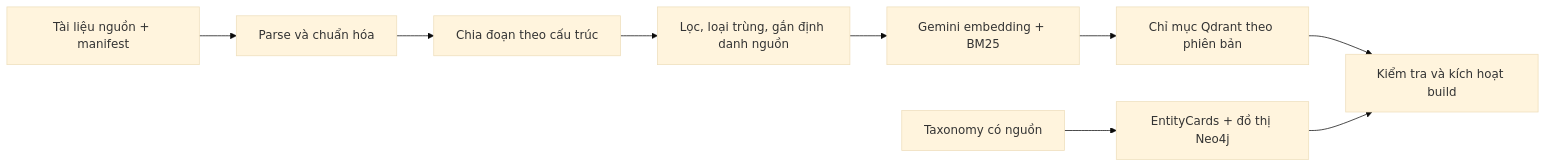
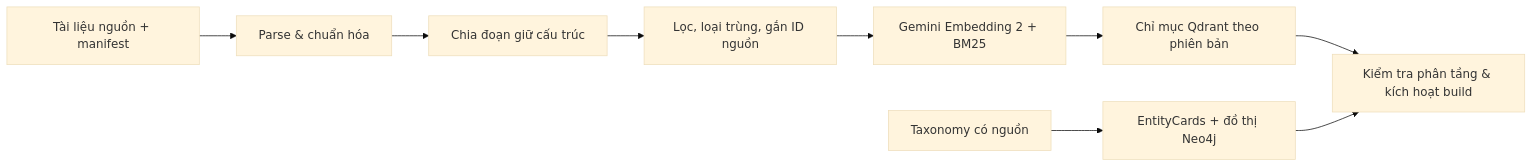
The first of 2 diagrams in README.md (MinhHoang1403/Acne_Advisor_AI), drawn with Mermaid (base theme) before and after one commit. The commit also changed other lines of this file and 4 other files, not shown here.

````diff
--- a/README.md
+++ b/README.md
@@ -79,11 +89,11 @@
 ```mermaid
 flowchart LR
-    S["Tài liệu nguồn + manifest"] --> P["Parse và chuẩn hóa"]
-    P --> C["Chia đoạn theo cấu trúc"]
-    C --> V["Lọc, loại trùng, gắn định danh nguồn"]
-    V --> E["Gemini embedding + BM25"]
+    S["Tài liệu nguồn + manifest"] --> P["Parse & chuẩn hóa"]
+    P --> C["Chia đoạn giữ cấu trúc"]
+    C --> V["Lọc, loại trùng, gắn ID nguồn"]
+    V --> E["Gemini Embedding 2 + BM25"]
     E --> Q["Chỉ mục Qdrant theo phiên bản"]
     T["Taxonomy có nguồn"] --> A["EntityCards + đồ thị Neo4j"]
-    Q --> K["Kiểm tra và kích hoạt build"]
+    Q --> K["Kiểm tra phân tầng & kích hoạt build"]
     A --> K
 ```
````
